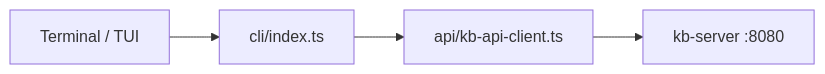
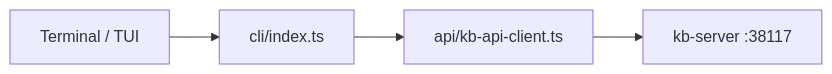
The diagram in packages/kb-client/CLIENT.md (rosenjcb/kb), drawn with Mermaid before and after one commit. The commit also changed other lines of this file and 33 other files, not shown here.

````diff
--- a/packages/kb-client/CLIENT.md
+++ b/packages/kb-client/CLIENT.md
@@ -16,11 +16,11 @@
 ```mermaid
 flowchart LR
   User["Terminal / TUI"]
   Index["cli/index.ts"]
   API["api/kb-api-client.ts"]
-  Srv["kb-server :8080"]
+  Srv["kb-server :38117"]
 
   User --> Index
   Index --> API
   API --> Srv
 ```
````
